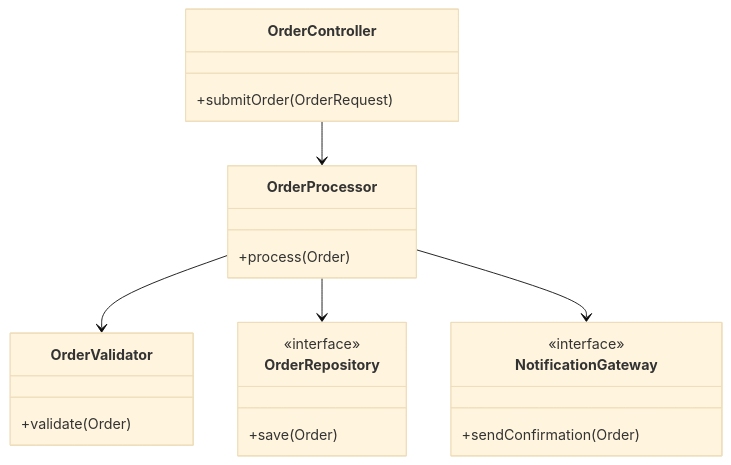
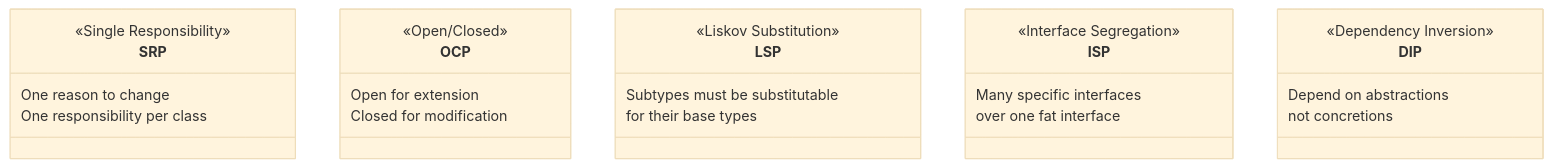
The diagram in apps/web/content/java-mastery/solid-principles.mdx (SakthivelSwe/dev-mastery), drawn with Mermaid (base theme) before and after one commit. The commit also changed other lines of this file and 864 other files, not shown here.

````diff
--- a/apps/web/content/java-mastery/solid-principles.mdx
+++ b/apps/web/content/java-mastery/solid-principles.mdx
@@ -69,25 +21,28 @@
 ```mermaid
 classDiagram
-    class OrderController {
-        +submitOrder(OrderRequest)
+    class SRP {
+        <<Single Responsibility>>
+        One reason to change
+        One responsibility per class
     }
-    class OrderProcessor {
-        +process(Order)
+    class OCP {
+        <<Open/Closed>>
+        Open for extension
+        Closed for modification
     }
-    class OrderValidator {
-        +validate(Order)
+    class LSP {
+        <<Liskov Substitution>>
+        Subtypes must be substitutable
+        for their base types
     }
-    class OrderRepository {
-        <<interface>>
-        +save(Order)
+    class ISP {
+        <<Interface Segregation>>
+        Many specific interfaces
+        over one fat interface
     }
-    class NotificationGateway {
-        <<interface>>
-        +sendConfirmation(Order)
+    class DIP {
+        <<Dependency Inversion>>
+        Depend on abstractions
+        not concretions
     }
-
-    OrderController --> OrderProcessor
-    OrderProcessor --> OrderValidator
-    OrderProcessor --> OrderRepository
-    OrderProcessor --> NotificationGateway
 ```
````
